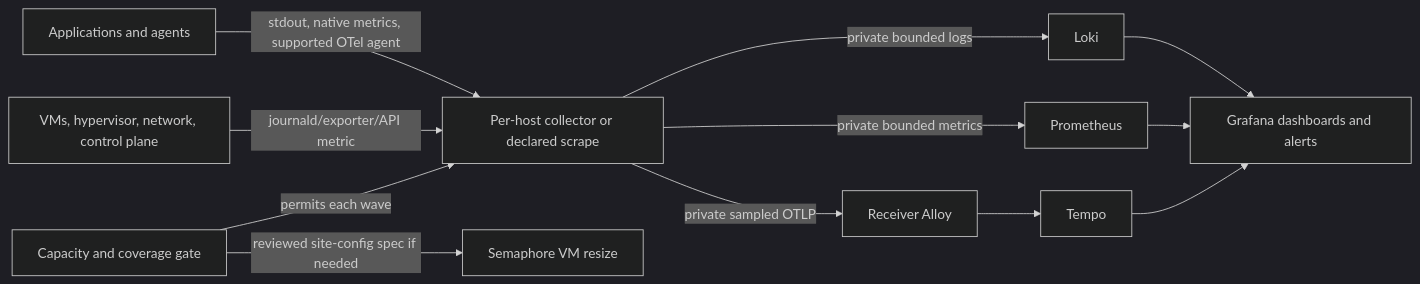
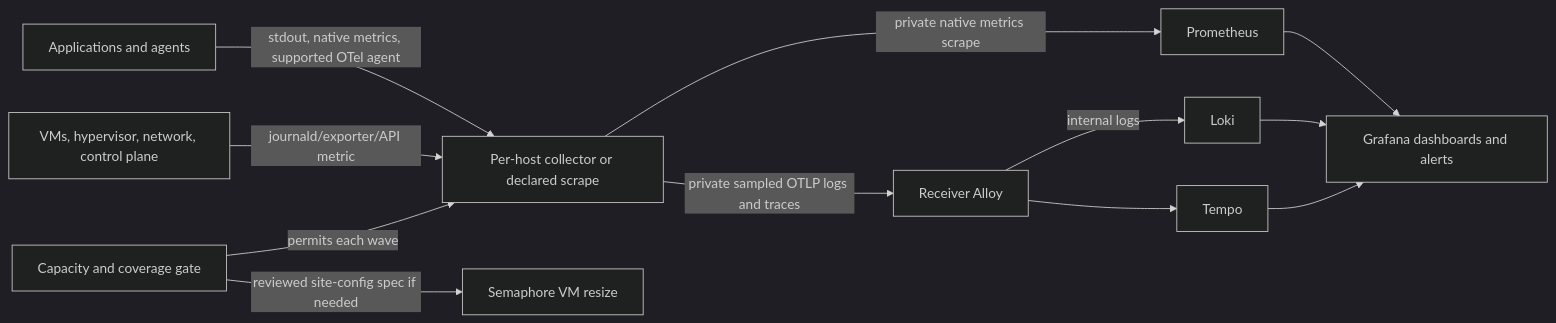
Before and after one commit to uhstray-io/agent-cloud: the diagram in plan/development/openspec/changes/estate-wide-observability-instrumentation/design.md, drawn with Mermaid (dark theme). The commit also changed other lines of this file and 3 other files, not shown here.

````diff
--- a/plan/development/openspec/changes/estate-wide-observability-instrumentation/design.md
+++ b/plan/development/openspec/changes/estate-wide-observability-instrumentation/design.md
@@ -15,14 +15,14 @@
 ```mermaid
 flowchart LR
   app[Applications and agents] -->|stdout, native metrics, supported OTel agent| edge[Per-host collector or declared scrape]
   infra[VMs, hypervisor, network, control plane] -->|journald/exporter/API metric| edge
-  edge -->|private bounded logs| loki[Loki]
-  edge -->|private bounded metrics| prom[Prometheus]
-  edge -->|private sampled OTLP| alloy[Receiver Alloy]
+  edge -->|private native metrics scrape| prom[Prometheus]
+  edge -->|private sampled OTLP logs and traces| alloy[Receiver Alloy]
+  alloy -->|internal logs| loki[Loki]
   alloy --> tempo[Tempo]
   loki --> grafana[Grafana dashboards and alerts]
   prom --> grafana
   tempo --> grafana
   budget[Capacity and coverage gate] -->|permits each wave| edge
   budget -->|reviewed site-config spec if needed| resize[Semaphore VM resize]
 ```
````
